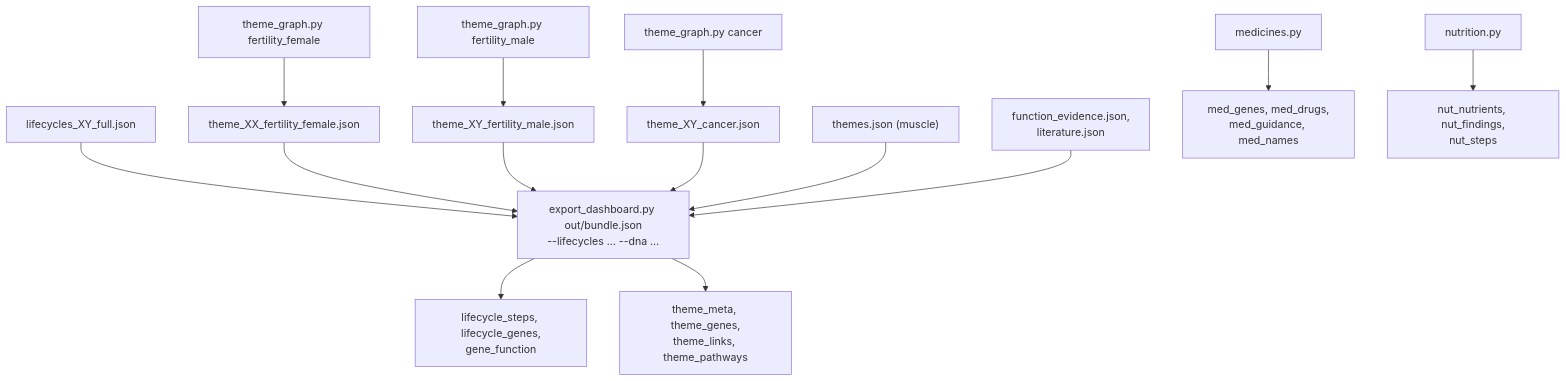
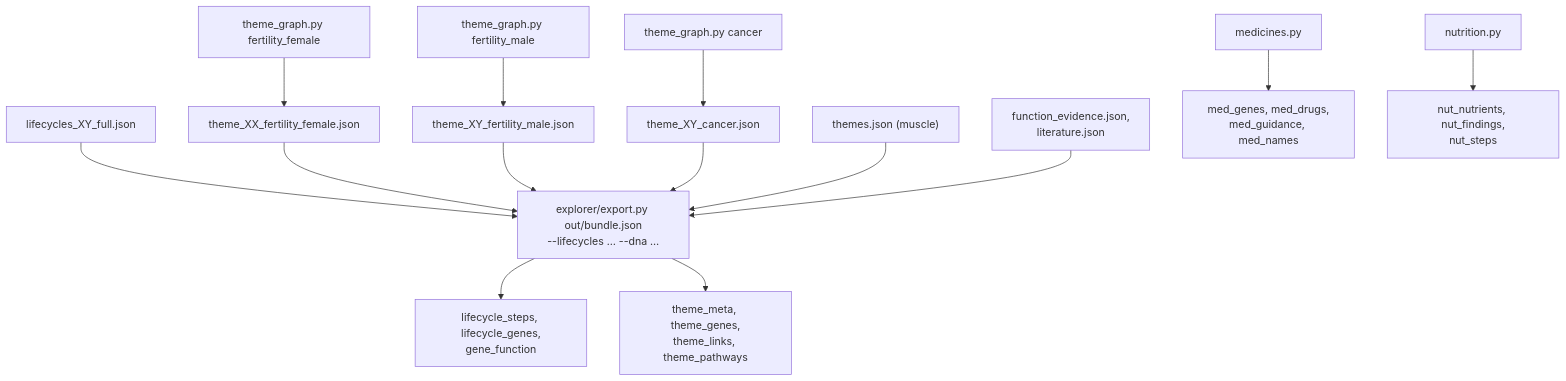
Before and after one commit to Lyceriuss/DNA-Analyzer: the second of 4 diagrams in docs/architecture/explorer.md, drawn with Mermaid. The commit also changed other lines of this file and 109 other files, not shown here.

````diff
--- a/docs/architecture/explorer.md
+++ b/docs/architecture/explorer.md
@@ -37,14 +37,14 @@
 ```mermaid
 flowchart TB
     T1["theme_graph.py fertility_female"] --> X1["theme_XX_fertility_female.json"]
     T2["theme_graph.py fertility_male"] --> X2["theme_XY_fertility_male.json"]
     T3["theme_graph.py cancer"] --> X3["theme_XY_cancer.json"]
     LC["lifecycles_XY_full.json"] --> E
-    X1 & X2 & X3 --> E["export_dashboard.py out/bundle.json<br/>--lifecycles … --dna …"]
+    X1 & X2 & X3 --> E["explorer/export.py out/bundle.json<br/>--lifecycles … --dna …"]
     TH["themes.json (muscle)"] --> E
     EVJ["function_evidence.json,<br/>literature.json"] --> E
     E --> D1["lifecycle_steps, lifecycle_genes,<br/>gene_function"]
     E --> D2["theme_meta, theme_genes,<br/>theme_links, theme_pathways"]
     MP["medicines.py"] --> D3["med_genes, med_drugs,<br/>med_guidance, med_names"]
     NP["nutrition.py"] --> D4["nut_nutrients, nut_findings,<br/>nut_steps"]
 ```
````
